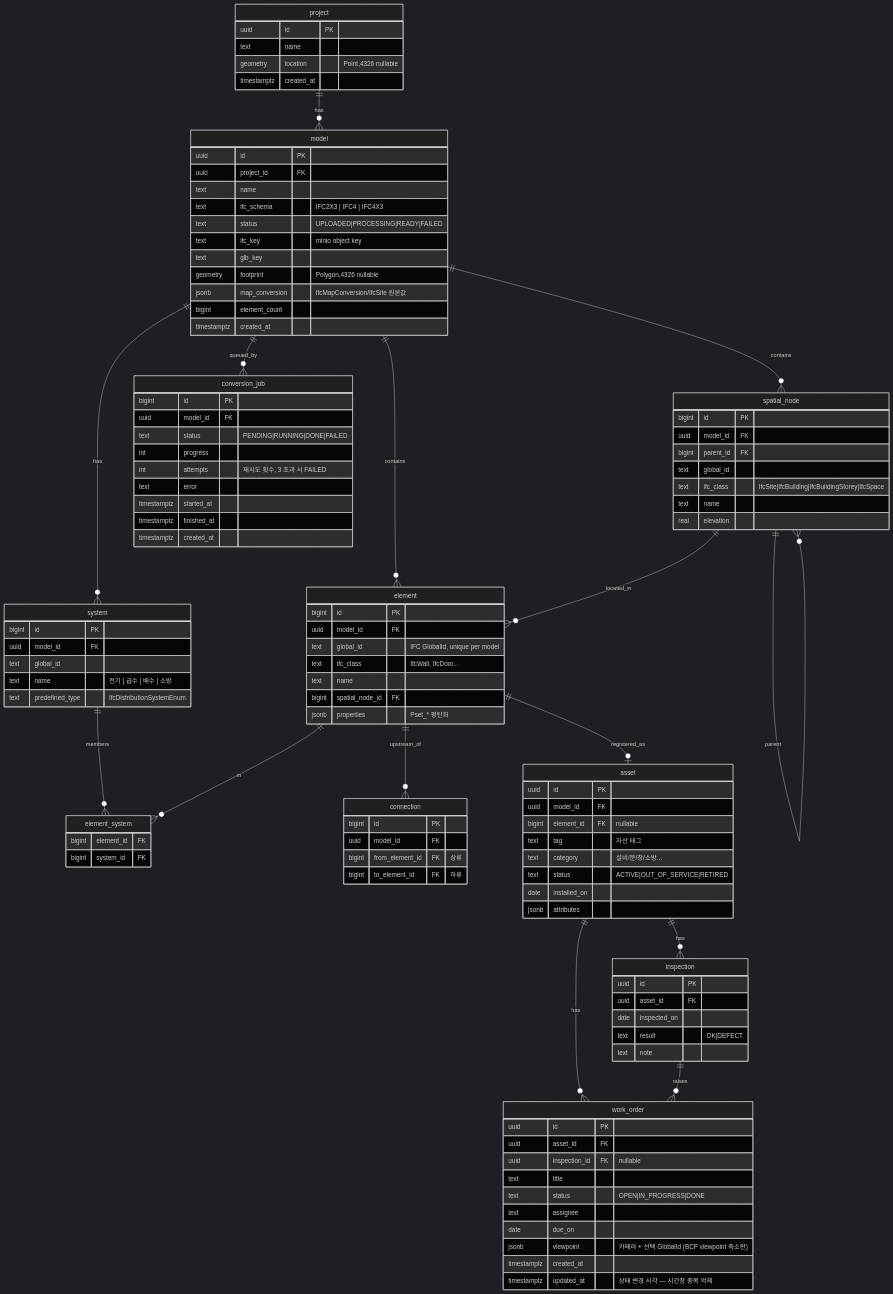
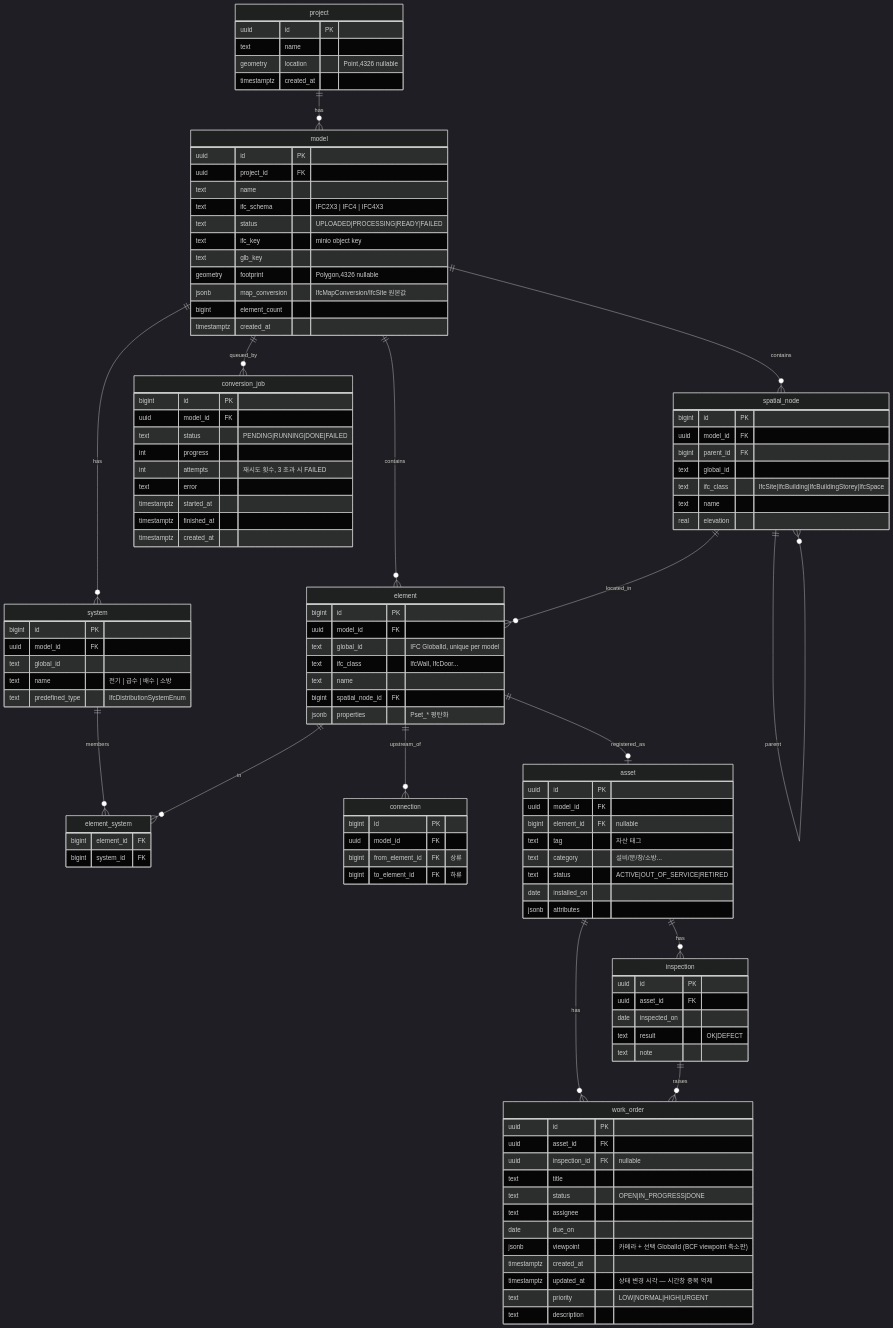
Before and after one commit to Gun-stack/bim-platform: the diagram in docs/02-data-model.md, drawn with Mermaid (dark theme). The commit also changed 6 other files, not shown here.

````diff
--- a/docs/02-data-model.md
+++ b/docs/02-data-model.md
@@ -110,5 +110,7 @@
     jsonb viewpoint "카메라 + 선택 GlobalId (BCF viewpoint 축소판)"
     timestamptz created_at
     timestamptz updated_at "상태 변경 시각 — 시간창 중복 억제"
+    text priority "LOW|NORMAL|HIGH|URGENT"
+    text description
   }
 ```
````
